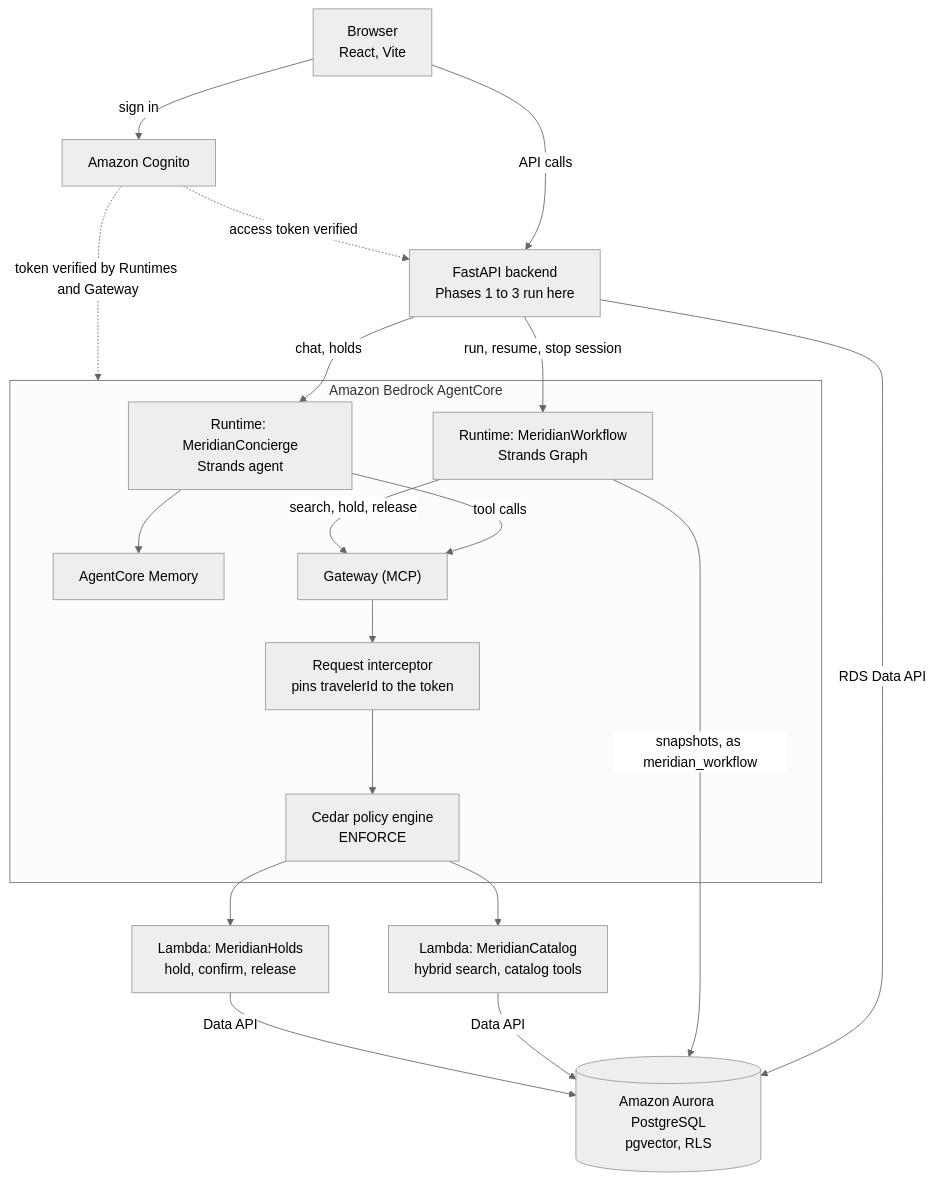
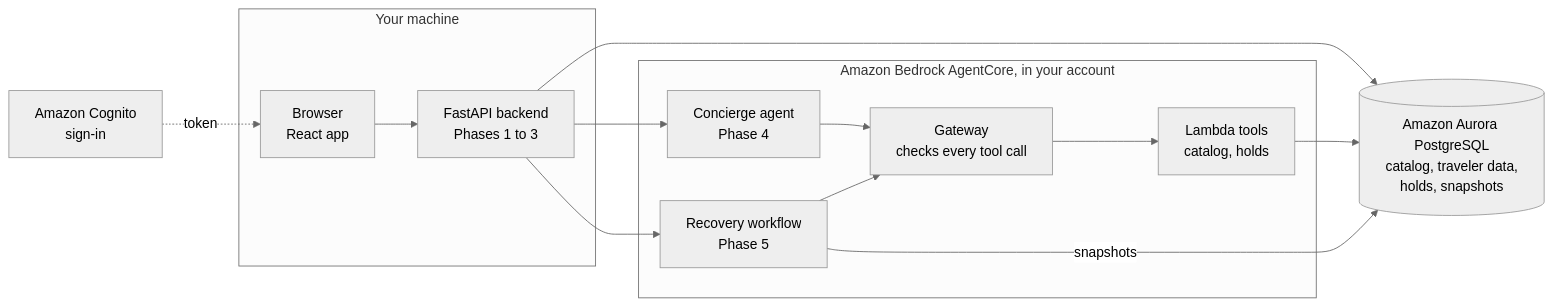
One commit to aws-samples/sample-stateful-agentic-ai-workflows-aurora-mcp-agentcore changed the diagram in README.md. Above: the diagram before and after it, drawn with Mermaid (neutral theme). The commit also changed other lines of this file, not shown here.

Commit message:
Make the README easier to follow
The architecture section now opens with the three places that do the
work, shows a four-box overview instead of the thirteen-node diagram, and
walks through one hold request step by step, from the sign-in token to
the row in Aurora. The introduction says what the sample does before it
names the technologies.

````diff
--- a/README.md
+++ b/README.md
@@ -62,36 +69,26 @@
 ```mermaid
-flowchart TB
-    browser["Browser<br/>React, Vite"]
-    cognito["Amazon Cognito"]
-    backend["FastAPI backend<br/>Phases 1 to 3 run here"]
-    aurora[("Amazon Aurora PostgreSQL<br/>pgvector, RLS")]
+flowchart LR
+    cognito["Amazon Cognito<br/>sign-in"]
+    subgraph machine["Your machine"]
+        browser["Browser<br/>React app"]
+        backend["FastAPI backend<br/>Phases 1 to 3"]
+    end
+    subgraph agentcore["Amazon Bedrock AgentCore, in your account"]
+        concierge["Concierge agent<br/>Phase 4"]
+        workflow["Recovery workflow<br/>Phase 5"]
+        gateway["Gateway<br/>checks every tool call"]
+        tools["Lambda tools<br/>catalog, holds"]
+    end
+    aurora[("Amazon Aurora PostgreSQL<br/>catalog, traveler data,<br/>holds, snapshots")]
 
-    browser -->|sign in| cognito
-    browser -->|API calls| backend
-    backend -->|RDS Data API| aurora
-
-    subgraph agentcore["Amazon Bedrock AgentCore"]
-        concierge["Runtime: MeridianConcierge<br/>Strands agent"]
-        workflow["Runtime: MeridianWorkflow<br/>Strands Graph"]
-        memory["AgentCore Memory"]
-        gateway["Gateway (MCP)"]
-        interceptor["Request interceptor<br/>pins travelerId to the token"]
-        cedar["Cedar policy engine<br/>ENFORCE"]
-        concierge --> memory
-        concierge -->|tool calls| gateway
-        workflow -->|search, hold, release| gateway
-        gateway --> interceptor --> cedar
-    end
-
-    backend -->|chat, holds| concierge
-    backend -->|run, resume, stop session| workflow
-    workflow -->|snapshots, as meridian_workflow| aurora
-
-    cedar --> catalog["Lambda: MeridianCatalog<br/>hybrid search, catalog tools"]
-    cedar --> holds["Lambda: MeridianHolds<br/>hold, confirm, release"]
-    catalog -->|Data API| aurora
-    holds -->|Data API| aurora
-
-    cognito -.->|access token verified| backend
-    cognito -.->|token verified by Runtimes and Gateway| agentcore
+    cognito -.->|token| browser
+    browser --> backend
+    backend --> aurora
+    backend --> concierge
+    backend --> workflow
+    concierge --> gateway
+    workflow --> gateway
+    gateway --> tools
+    tools --> aurora
+    workflow -->|snapshots| aurora
 ```
````
